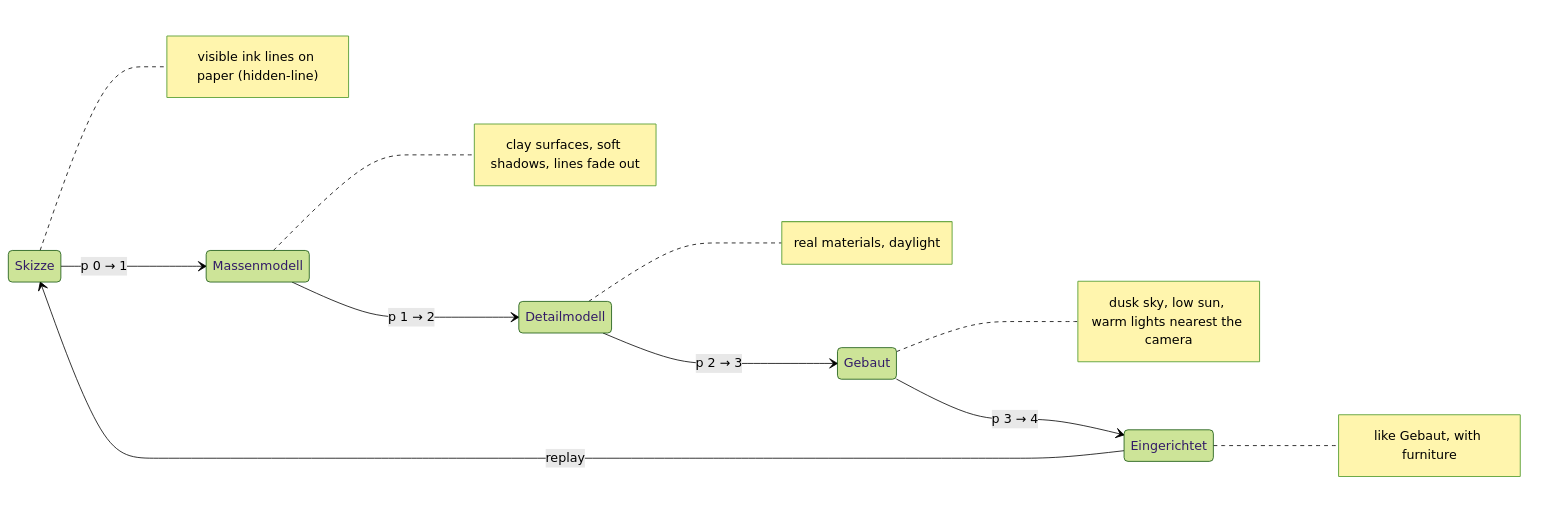
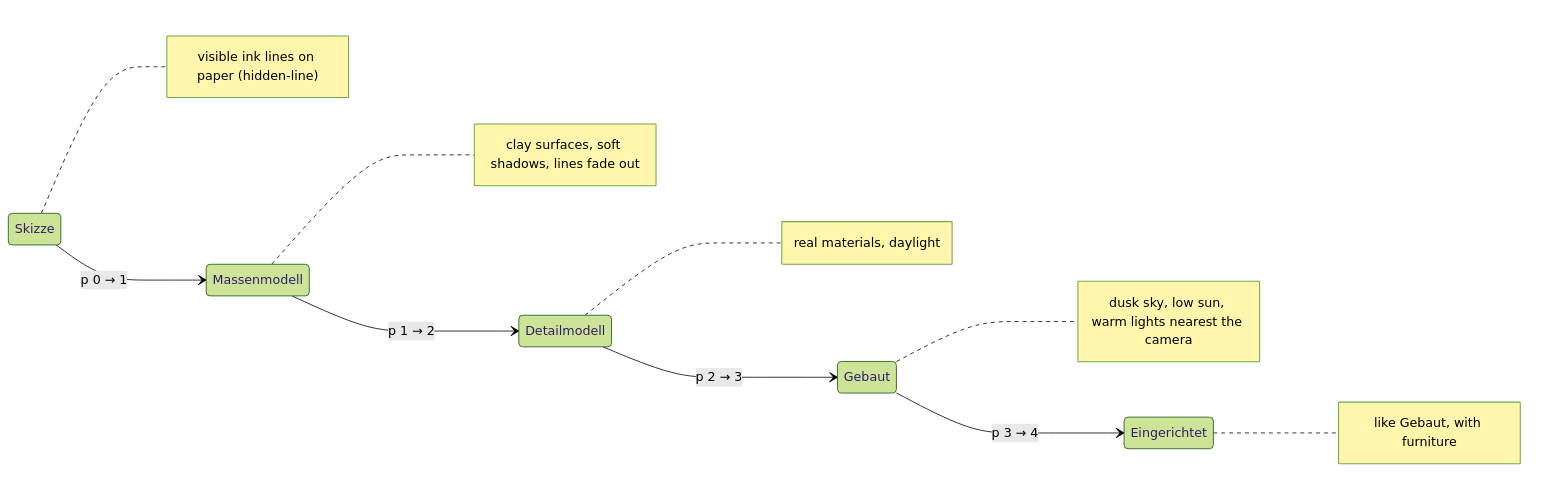
One commit to tillg/frechen_blender changed the third of 4 diagrams in specs/system/domain.md. Above: the diagram before and after it, drawn with Mermaid (forest theme). The commit also changed other lines of this file and 8 other files, not shown here.

````diff
--- a/specs/system/domain.md
+++ b/specs/system/domain.md
@@ -135,14 +141,13 @@
 ```mermaid
 stateDiagram-v2
     direction LR
     Skizze --> Massenmodell: p 0 → 1
     Massenmodell --> Detailmodell: p 1 → 2
     Detailmodell --> Gebaut: p 2 → 3
     Gebaut --> Eingerichtet: p 3 → 4
-    Eingerichtet --> Skizze: replay
     note right of Skizze: visible ink lines on paper (hidden-line)
     note right of Massenmodell: clay surfaces, soft shadows, lines fade out
     note right of Detailmodell: real materials, daylight
     note right of Gebaut: dusk sky, low sun, warm lights nearest the camera
     note right of Eingerichtet: like Gebaut, with furniture
 ```
````
